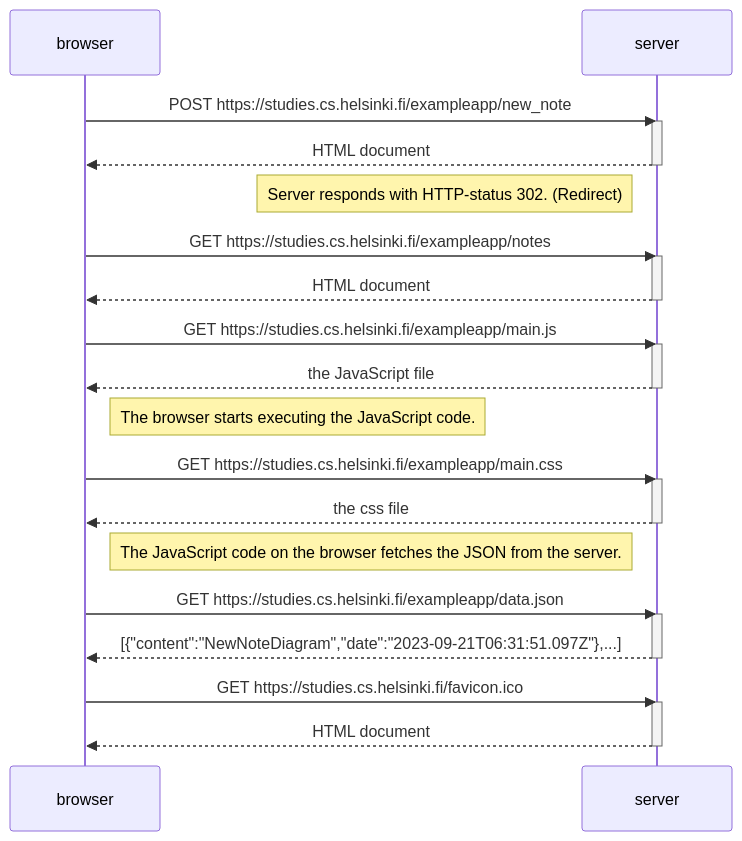
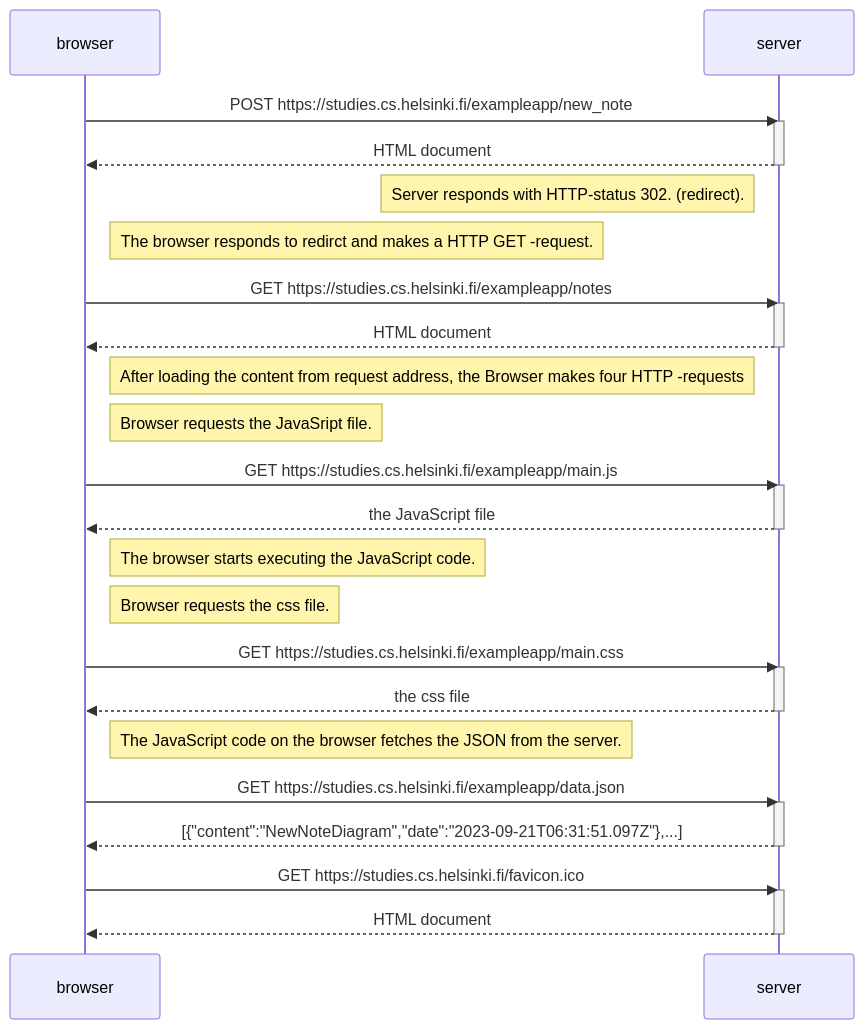
The diagram in Osa0/test.md (tjvalkonen/FullStackOpen), drawn with Mermaid before and after one commit.

````diff
--- a/Osa0/test.md
+++ b/Osa0/test.md
@@ -1,41 +1,47 @@
 ```mermaid
 sequenceDiagram
     participant browser
     participant server
 
     browser->>server: POST https://studies.cs.helsinki.fi/exampleapp/new_note
     activate server
     server-->>browser: HTML document
     deactivate server
 
-Note left of server: Server responds with HTTP-status 302. (Redirect)
+Note left of server: Server responds with HTTP-status 302. (redirect).
 
+Note right of browser: The browser responds to redirct and makes a HTTP GET -request.
     browser->>server: GET https://studies.cs.helsinki.fi/exampleapp/notes
     activate server
     server-->>browser: HTML document
     deactivate server
 
+Note right of browser: After loading the content from request address, the Browser makes four HTTP -requests
+
+Note right of browser: Browser requests the JavaSript file.
     browser->>server: GET https://studies.cs.helsinki.fi/exampleapp/main.js
     activate server
     server-->>browser: the JavaScript file
     deactivate server
 
 Note right of browser: The browser starts executing the JavaScript code.
+
+Note right of browser: Browser requests the css file.
 
     browser->>server: GET https://studies.cs.helsinki.fi/exampleapp/main.css
     activate server
     server-->>browser: the css file
     deactivate server
 
 Note right of browser: The JavaScript code on the browser fetches the JSON from the server.
 
     browser->>server: GET https://studies.cs.helsinki.fi/exampleapp/data.json
     activate server
     server-->>browser: [{"content":"NewNoteDiagram","date":"2023-09-21T06:31:51.097Z"},...]
     deactivate server
 
     browser->>server: GET https://studies.cs.helsinki.fi/favicon.ico
     activate server
     server-->>browser: HTML document
     deactivate server
 ```
````
